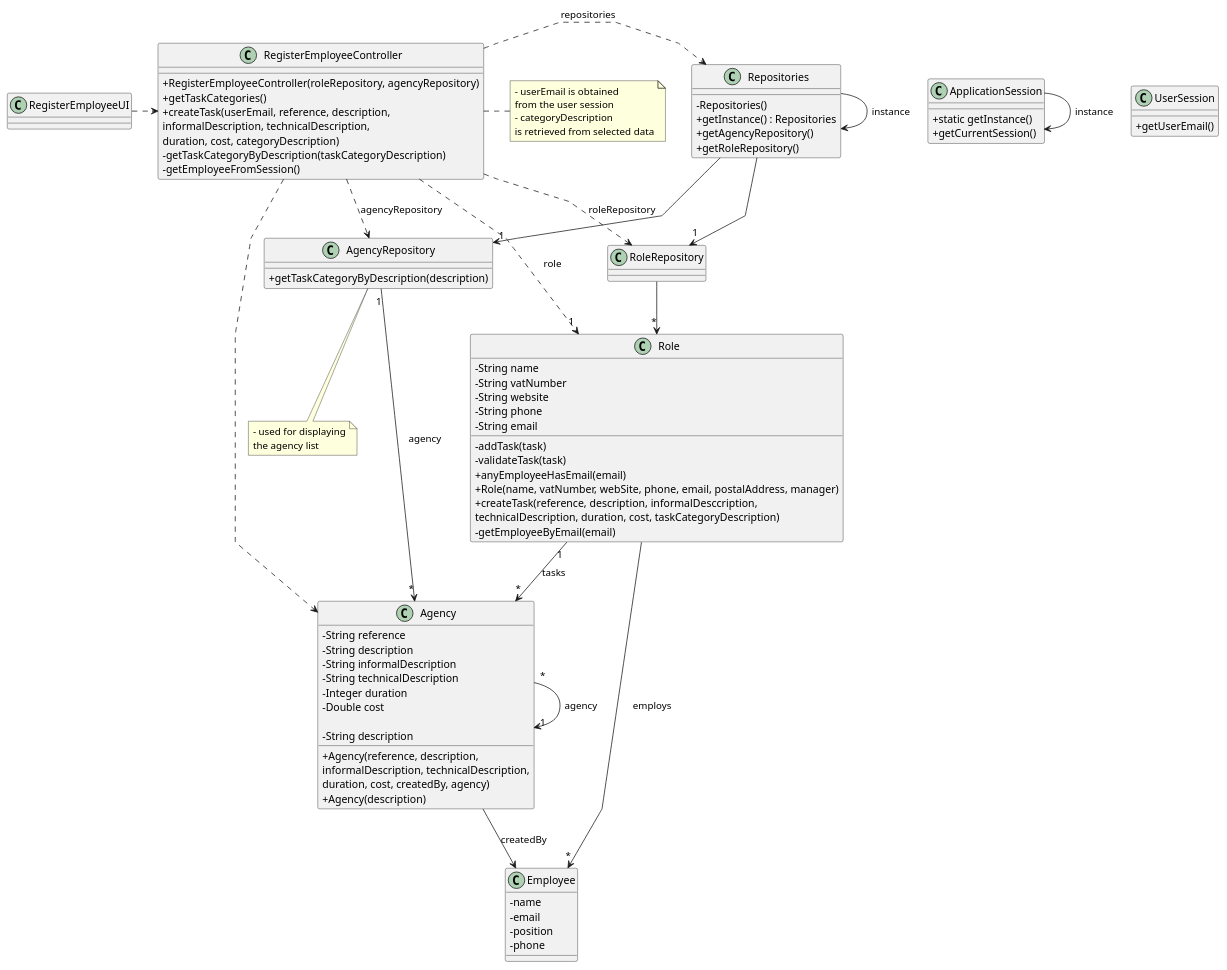
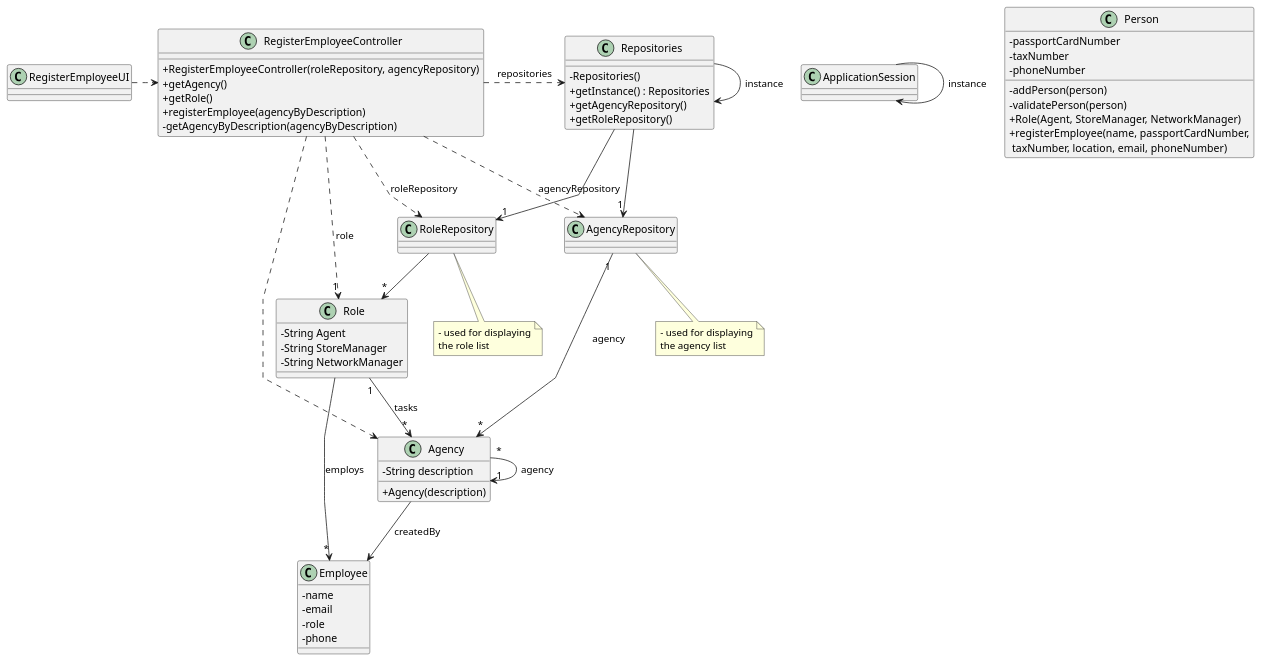
One commit to rita-barbosa/LAPR2-2223 changed the diagram in docs/sprintB/us003/03.design/puml/us003-class-diagram.puml. Above: the diagram before and after it, drawn with PlantUML.

Commit message:
Update Class Diagram (CD) [US03][Design]

```diff
--- a/docs/sprintB/us003/03.design/puml/us003-class-diagram.puml
+++ b/docs/sprintB/us003/03.design/puml/us003-class-diagram.puml
@@ -1,124 +1,109 @@
 @startuml
 'skinparam monochrome true
 skinparam packageStyle rectangle
 skinparam shadowing false
 skinparam linetype polyline
 'skinparam linetype orto
 
 skinparam classAttributeIconSize 0
 
 'left to right direction
 
-class ApplicationSession
-{
-    + static getInstance()
-    + getCurrentSession()
-}
-
-class UserSession
-{
-    + getUserEmail()
-}
 
 class Employee {
     - name
     - email
-    - position
+    - role
     - phone
 }
 
-class Agency {
-    - String reference
-    - String description
-    - String informalDescription
-    - String technicalDescription
-    - Integer duration
-    - Double cost
+class Person {
+ - passportCardNumber
+ - taxNumber
+ - phoneNumber
 
-    + Agency(reference, description,\ninformalDescription, technicalDescription,\nduration, cost, createdBy, agency)
+  - addPerson(person)
+     - validatePerson(person)
+     + Role(Agent, StoreManager, NetworkManager)
+     + registerEmployee(name, passportCardNumber,\n taxNumber, location, email, phoneNumber)
+
+ '  +saveTask(task)
 }
+
 
 class Agency {
     - String description
 
     + Agency(description)
 }
 
 class Role {
-    - String name
-    - String vatNumber
-    - String website
-    - String phone
-    - String email
-
-    - addTask(task)
-    - validateTask(task)
-    + anyEmployeeHasEmail(email)
-    + Role(name, vatNumber, webSite, phone, email, postalAddress, manager)
-    + createTask(reference, description, informalDesccription,\ntechnicalDescription, duration, cost, taskCategoryDescription)
-    - getEmployeeByEmail(email)
-
-'  +saveTask(task)
+    - String Agent
+    - String StoreManager
+    - String NetworkManager
 }
 
 class AgencyRepository {
-    + getTaskCategoryByDescription(description)
+}
+
+class RoleRepository{
 }
 
 
 class Repositories {
     - Repositories()
     + getInstance() : Repositories
     + getAgencyRepository()
     + getRoleRepository()
 }
 
 class RegisterEmployeeController {
     + RegisterEmployeeController(roleRepository, agencyRepository)
-    + getTaskCategories()
-    + createTask(userEmail, reference, description,\ninformalDescription, technicalDescription,\nduration, cost, categoryDescription)
-    - getTaskCategoryByDescription(taskCategoryDescription)
-    - getEmployeeFromSession()
+    + getAgency()
+    + getRole()
+    + registerEmployee(agencyByDescription)
+    - getAgencyByDescription(agencyByDescription)
+
 }
 
-note right of RegisterEmployeeController
-    - userEmail is obtained
-    from the user session
-    - categoryDescription
-    is retrieved from selected data
-end note
+
 
 note bottom of AgencyRepository
     - used for displaying
     the agency list
+end note
+
+note bottom of RoleRepository
+ - used for displaying
+ the role list
 end note
 
 class RegisterEmployeeUI {
 }
 
 Repositories -> Repositories : instance
 ApplicationSession -> ApplicationSession : instance
 
 RegisterEmployeeUI .> RegisterEmployeeController
 
 RegisterEmployeeController .> Repositories : repositories
 
 Repositories -> "1" AgencyRepository
 
 RegisterEmployeeController ..> Agency
 RegisterEmployeeController ..> RoleRepository : roleRepository
 RegisterEmployeeController ..> AgencyRepository : agencyRepository
 
 Repositories --> "1" RoleRepository
 
 RoleRepository --> "*" Role
 
 RegisterEmployeeController ..> "1" Role : role
 Agency "*" --> "1" Agency : agency
 AgencyRepository "1" --> "*" Agency : agency
 Role "1" --> "*" Agency : tasks
 Agency --> Employee : createdBy
 
 Role --> "*" Employee : employs
 
 @enduml
```
